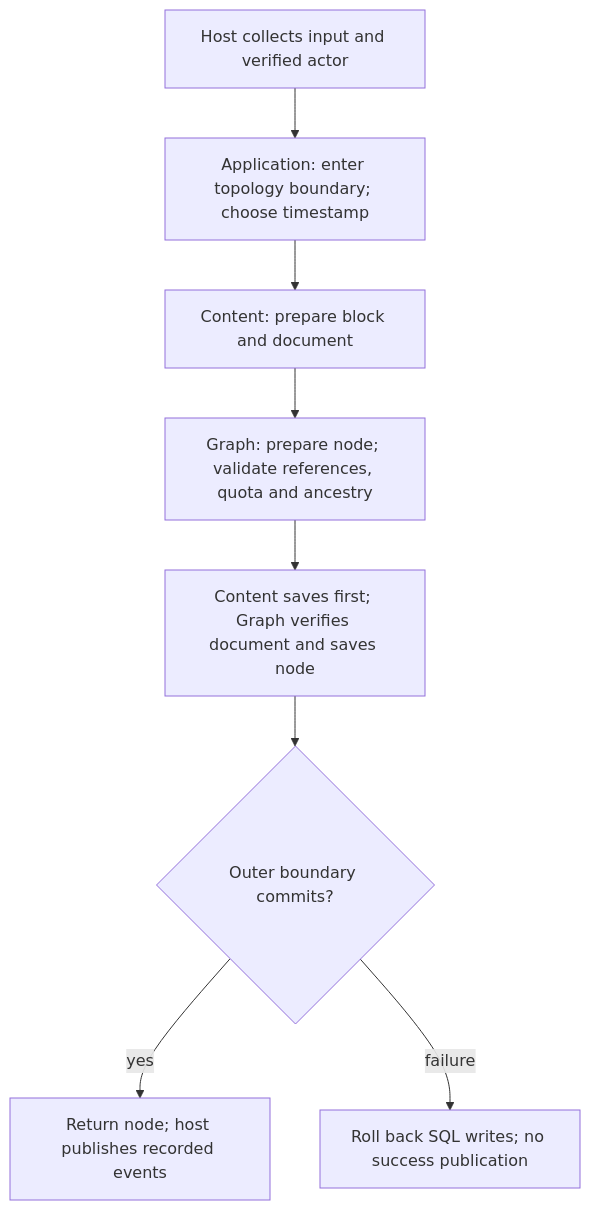
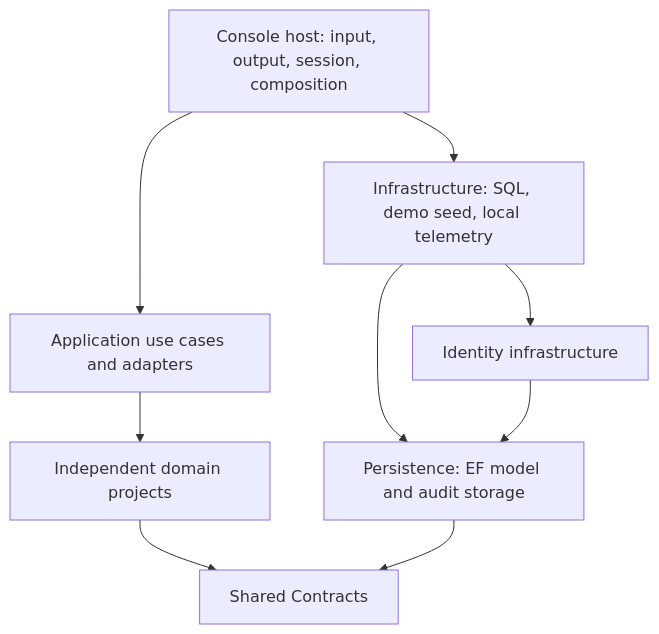
One commit to williamowen65/atlas-the-public-think-tank changed the first of 2 diagrams in docs/architecture/APPLICATION-WORKFLOWS.md. Above: the diagram before and after it, drawn with Mermaid. The commit also changed other lines of this file and 144 other files, not shown here.

Commit message:
PTT-131 Make Console a thin host over reusable application and infrastructure layers

````diff
--- a/docs/architecture/APPLICATION-WORKFLOWS.md
+++ b/docs/architecture/APPLICATION-WORKFLOWS.md
@@ -27,10 +17,11 @@
 ```mermaid
 flowchart TD
-    H["Host collects input and verified actor"] --> A["Application: enter topology boundary; choose timestamp"]
-    A --> C["Content: prepare block and document"]
-    C --> G["Graph: prepare node; validate references, quota and ancestry"]
-    G --> W["Content saves first; Graph verifies document and saves node"]
-    W --> D{"Outer boundary commits?"}
-    D -->|yes| P["Return node; host publishes recorded events"]
-    D -->|failure| R["Roll back SQL writes; no success publication"]
+    C["Console host: input, output, session, composition"] --> A["Application use cases and adapters"]
+    C --> I["Infrastructure: SQL, demo seed, local telemetry"]
+    I --> ID["Identity infrastructure"]
+    I --> P["Persistence: EF model and audit storage"]
+    ID --> P
+    A --> D["Independent domain projects"]
+    D --> K["Shared Contracts"]
+    P --> K
 ```
````
